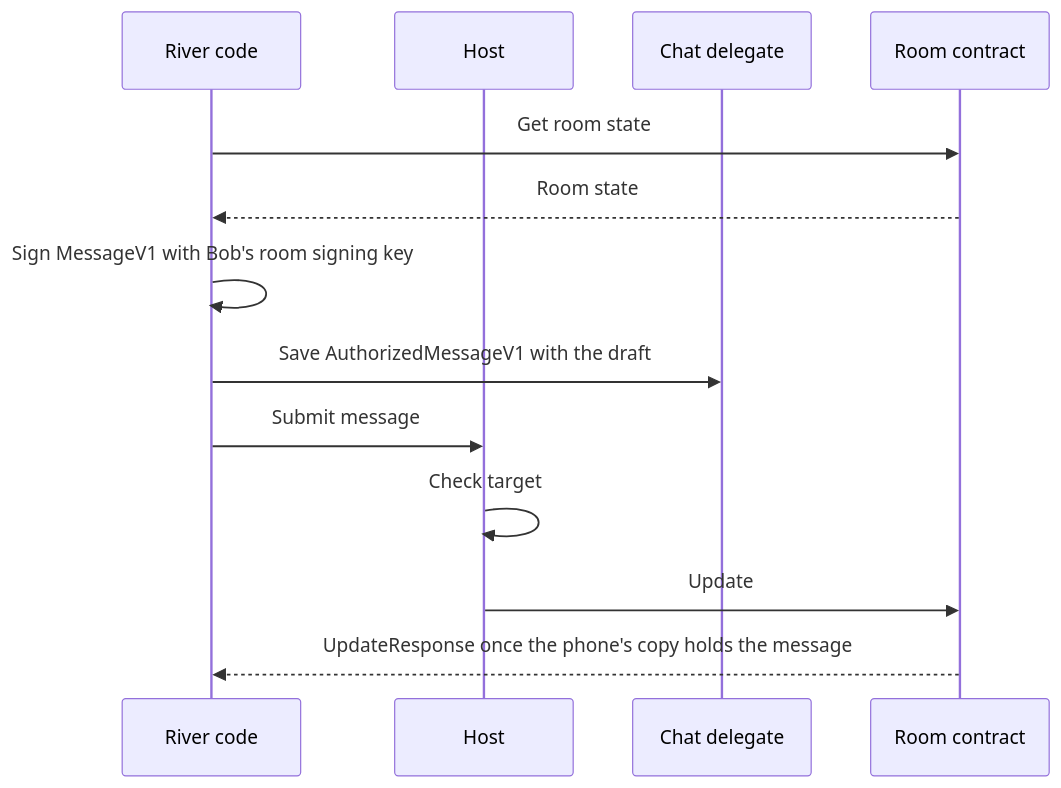
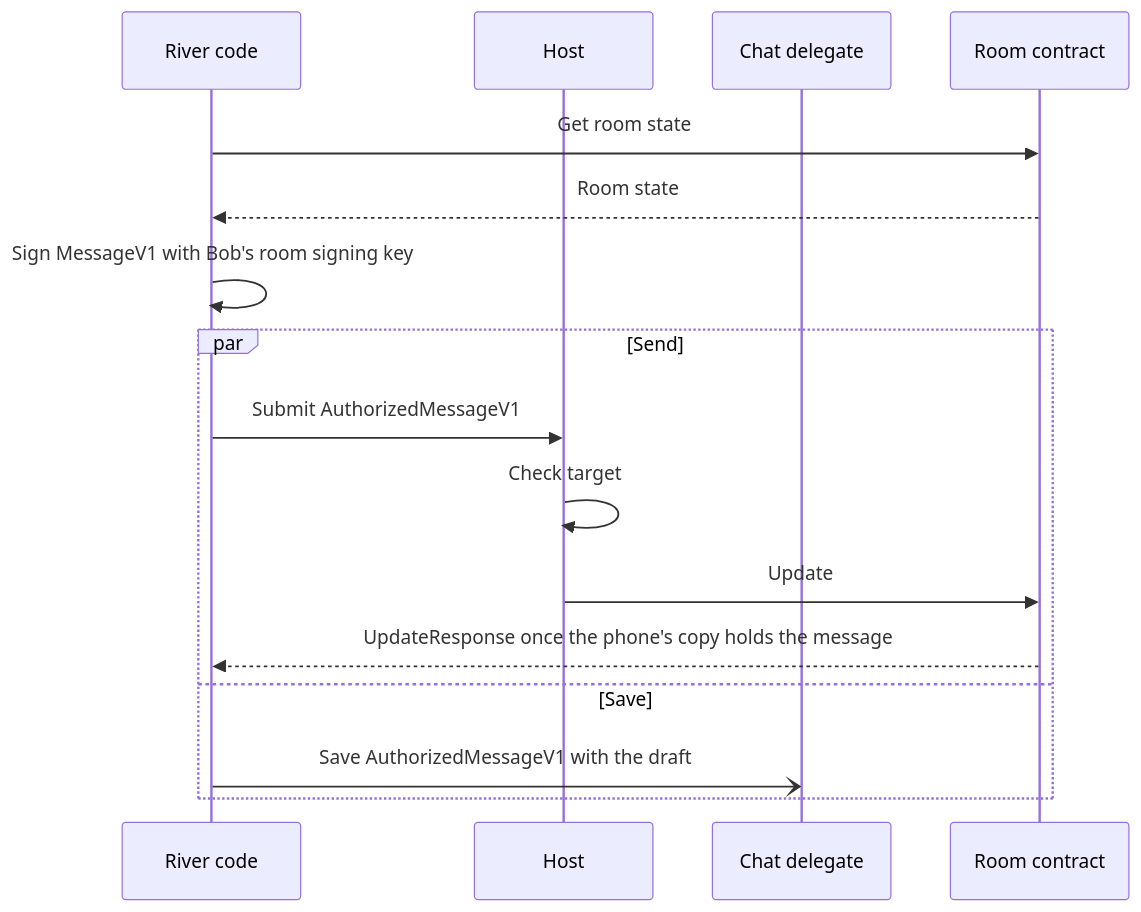
One commit to EVY-Platform/evy-freenet-plans changed the diagram in 1-freenet-mobile-appkit/06-data-and-operations.md. Above: the diagram before and after it, drawn with Mermaid. The commit also changed other lines of this file and 9 other files, not shown here.

````diff
--- a/1-freenet-mobile-appkit/06-data-and-operations.md
+++ b/1-freenet-mobile-appkit/06-data-and-operations.md
@@ -45,15 +49,18 @@
 ```mermaid
 sequenceDiagram
     participant River as River code
     participant Host
     participant Delegate as Chat delegate
     participant Room as Room contract
     River->>Room: Get room state
     Room-->>River: Room state
     River->>River: Sign MessageV1 with Bob's room signing key
-    River->>Delegate: Save AuthorizedMessageV1 with the draft
-    River->>Host: Submit message
-    Host->>Host: Check target
-    Host->>Room: Update
-    Room-->>River: UpdateResponse once the phone's copy holds the message
+    par Send
+        River->>Host: Submit AuthorizedMessageV1
+        Host->>Host: Check target
+        Host->>Room: Update
+        Room-->>River: UpdateResponse once the phone's copy holds the message
+    and Save
+        River-)Delegate: Save AuthorizedMessageV1 with the draft
+    end
 ```
````
